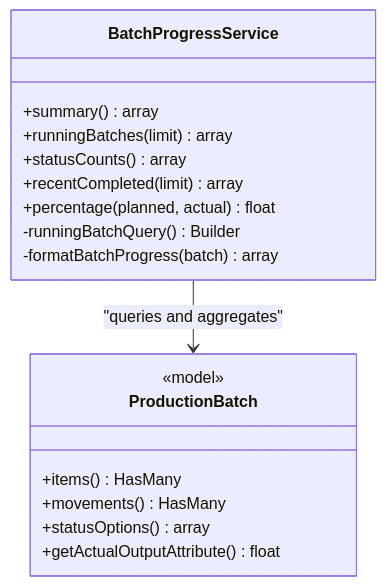
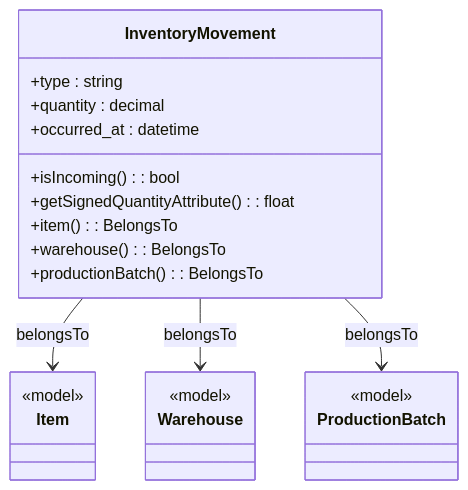
The sixth of 7 diagrams in .qoder/repowiki/en/content/Filament Admin Panel/Dashboard Widgets.md (Dikksap/laravel_RsvHelmet), drawn with Mermaid before and after one commit. The commit also changed other lines of this file and 13 other files, not shown here.

First line of the commit message:
refactor(dashboard): replace production widgets with inventory management widgets

````diff
--- a/.qoder/repowiki/en/content/Filament Admin Panel/Dashboard Widgets.md
+++ b/.qoder/repowiki/en/content/Filament Admin Panel/Dashboard Widgets.md
@@ -298,20 +249,25 @@
 ```mermaid
 classDiagram
-class BatchProgressService {
-+summary() array
-+runningBatches(limit) array
-+statusCounts() array
-+recentCompleted(limit) array
-+percentage(planned, actual) float
--runningBatchQuery() Builder
--formatBatchProgress(batch) array
+class InventoryMovement {
++type : string
++quantity : decimal
++occurred_at : datetime
++isIncoming() : bool
++getSignedQuantityAttribute() : float
++item() : BelongsTo
++warehouse() : BelongsTo
++productionBatch() : BelongsTo
+}
+class Item {
+<<model>>
+}
+class Warehouse {
+<<model>>
 }
 class ProductionBatch {
 <<model>>
-+items() HasMany
-+movements() HasMany
-+statusOptions() array
-+getActualOutputAttribute() float
 }
-BatchProgressService --> ProductionBatch : "queries and aggregates"
+InventoryMovement --> Item : belongsTo
+InventoryMovement --> Warehouse : belongsTo
+InventoryMovement --> ProductionBatch : belongsTo
 ```
````
